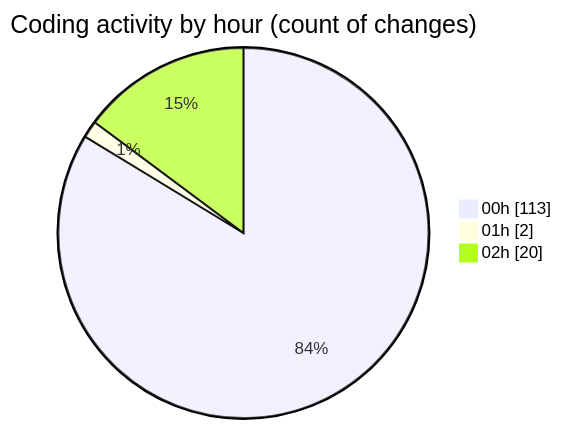
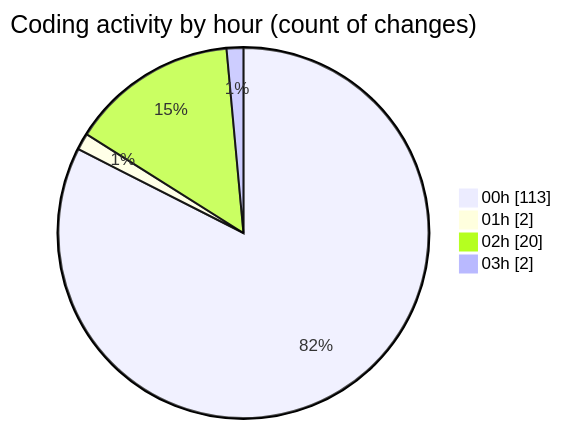
One commit to lephambinh05/code-tracking changed the second of 2 diagrams in 2025-08-06/napxuvn/README.md. Above: the diagram before and after it, drawn with Mermaid. The commit also changed other lines of this file and 1 other file, not shown here.

````diff
--- a/2025-08-06/napxuvn/README.md
+++ b/2025-08-06/napxuvn/README.md
@@ -101,7 +101,8 @@
 ```mermaid
 pie showData
 title Coding activity by hour (count of changes)
 "00h" : 113
 "01h" : 2
 "02h" : 20
+"03h" : 2
 ```
````
